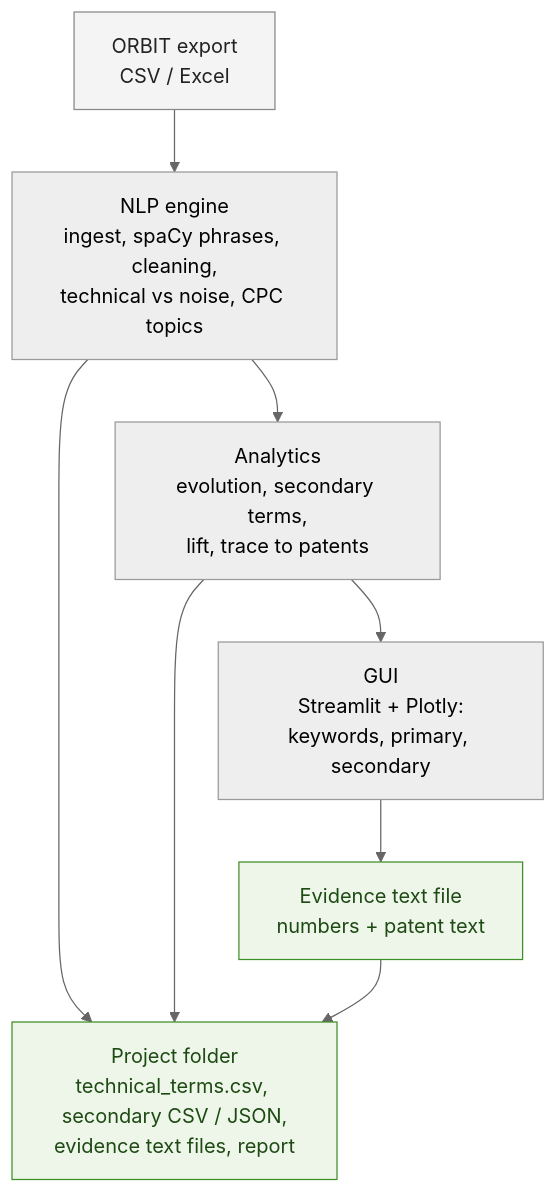
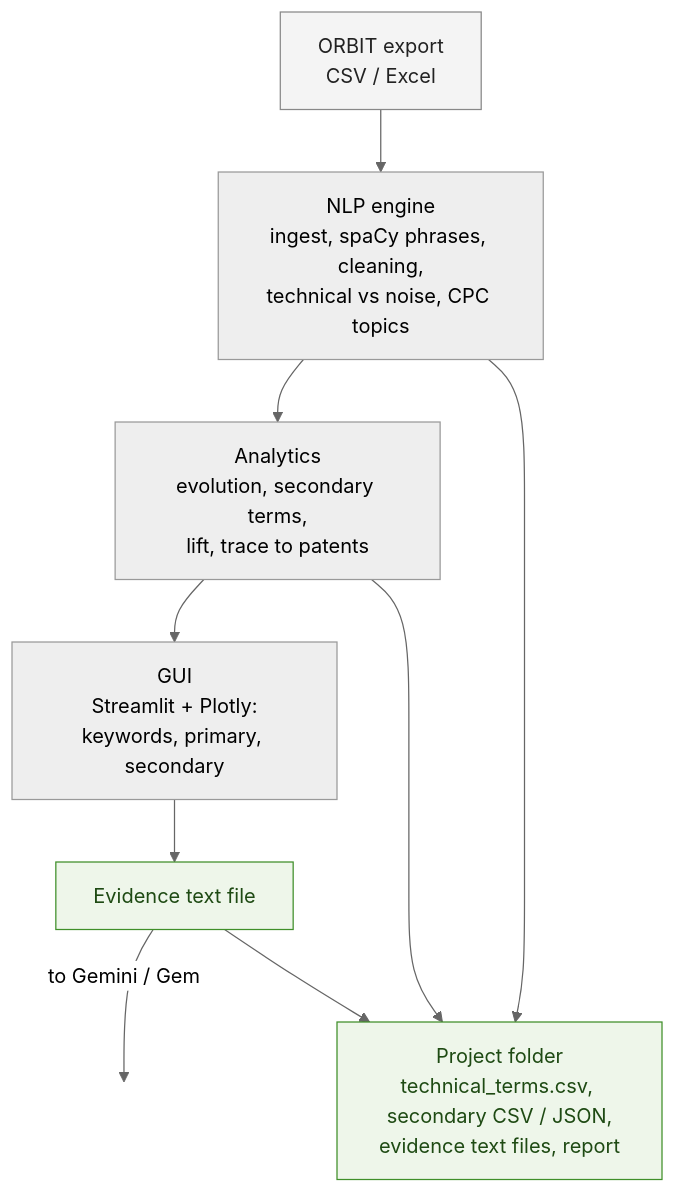
Before and after one commit to szed0/random: the first of 3 diagrams in ARCHITECTURE.md, drawn with Mermaid (neutral theme). The commit also changed 1 other file, not shown here.

Commit message:
Label the evidence block as the text file only, with an arrow to Gemini

````diff
--- a/ARCHITECTURE.md
+++ b/ARCHITECTURE.md
@@ -20,20 +20,24 @@
 ```mermaid
 flowchart TB
     exportfile["ORBIT export<br/>CSV / Excel"]
     engine["NLP engine<br/>ingest, spaCy phrases, cleaning,<br/>technical vs noise, CPC topics"]
     analytics["Analytics<br/>evolution, secondary terms,<br/>lift, trace to patents"]
     gui["GUI<br/>Streamlit + Plotly:<br/>keywords, primary, secondary"]
-    evidence["Evidence text file<br/>numbers + patent text"]
+    evidence["Evidence text file"]
+    togemini[" "]
     folder["Project folder<br/>technical_terms.csv, secondary CSV / JSON,<br/>evidence text files, report"]
 
     exportfile --> engine --> analytics --> gui
     gui --> evidence
+    evidence -- "to Gemini / Gem" --> togemini
     engine --> folder
     analytics --> folder
     evidence --> folder
 
     classDef ext fill:#f4f4f4,stroke:#888,color:#222
     classDef file fill:#eef6ea,stroke:#3f8f29,color:#1e4a13
+    classDef hidden fill:none,stroke:none,color:transparent
     class exportfile ext
     class evidence,folder file
+    class togemini hidden
 ```
````
